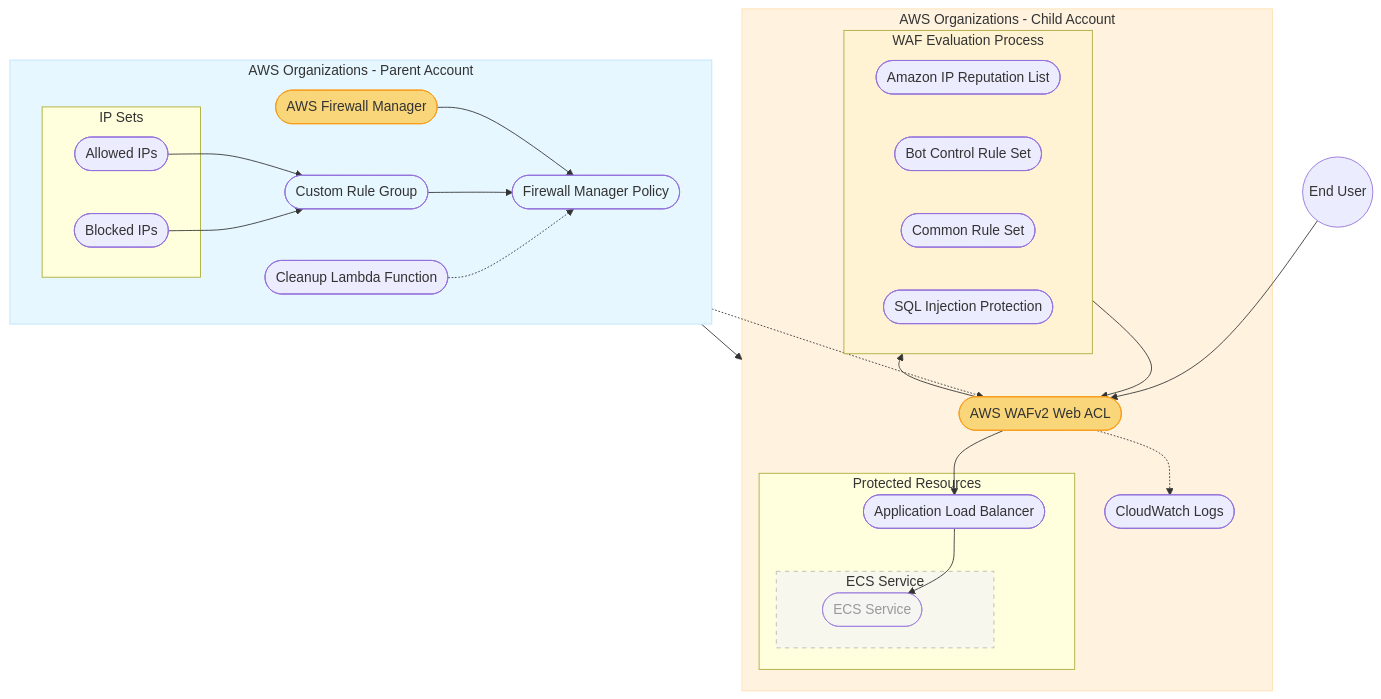
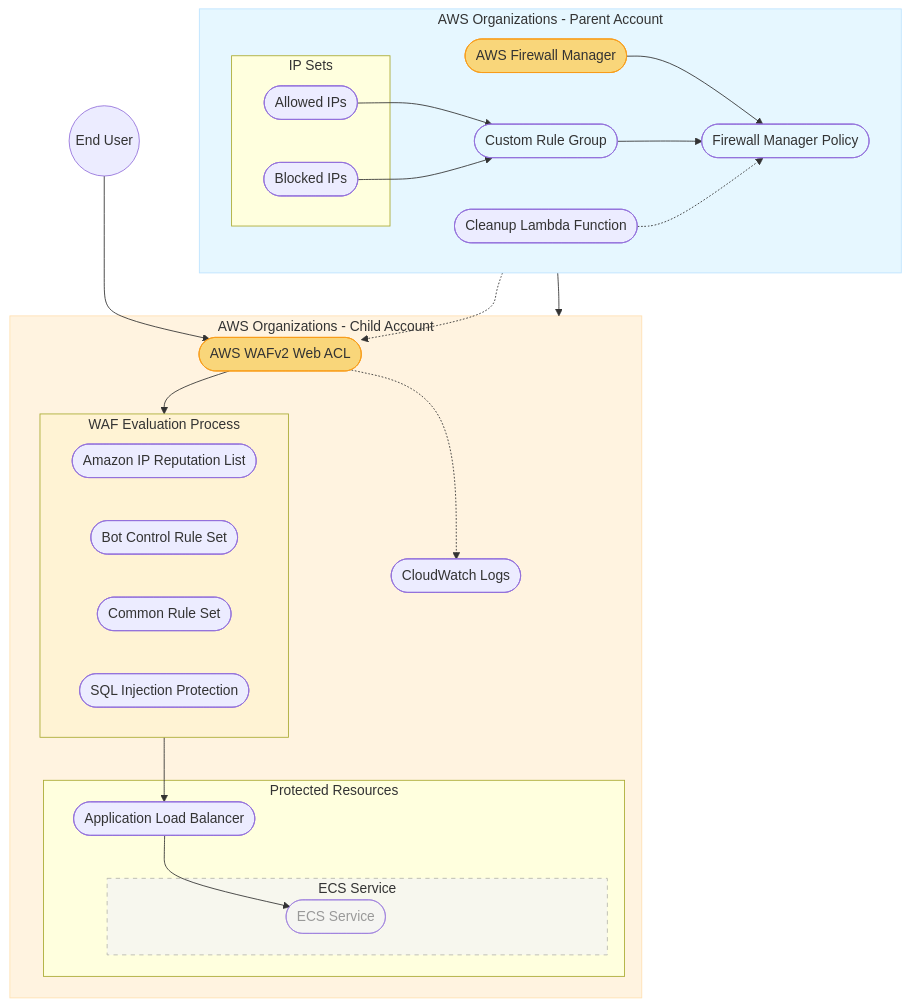
The diagram in firewall-manager-diagram.md (vaughngit/cdk-ecs-alb-waf-owasp-webapp), drawn with Mermaid before and after one commit. The commit also changed 1 other file, not shown here.

Commit message:
updated arrows

````diff
--- a/firewall-manager-diagram.md
+++ b/firewall-manager-diagram.md
@@ -3,66 +3,65 @@
 ```mermaid
 flowchart TB
     User((End User)) --> WAF
 
     subgraph ParentAccount["AWS Organizations - Parent Account"]
         direction LR
         FMS([AWS Firewall Manager])
         CustomRuleGroup([Custom Rule Group])
         FMSPolicy([Firewall Manager Policy])
         Lambda([Cleanup Lambda Function])
         
         subgraph IPSets[IP Sets]
             AllowedIPs([Allowed IPs])
             BlockedIPs([Blocked IPs])
         end
 
         FMS --> FMSPolicy
         CustomRuleGroup --> FMSPolicy
         AllowedIPs --> CustomRuleGroup
         BlockedIPs --> CustomRuleGroup
         Lambda -.-> FMSPolicy
     end
 
     subgraph ChildAccount["AWS Organizations - Child Account"]
         WAF([AWS WAFv2 Web ACL])
         
         subgraph WAFEvaluation[WAF Evaluation Process]
             IPReputation([Amazon IP Reputation List])
             BotControl([Bot Control Rule Set]) 
             CommonRules([Common Rule Set])
             SQLi([SQL Injection Protection])
         end
 
         WAF --> WAFEvaluation
-        WAFEvaluation --> WAF
         
         subgraph ProtectedResources[Protected Resources]
             ALB([Application Load Balancer])
             
             subgraph ECSCluster[ECS Service]
                 style ECSCluster fill:#f5f5f5,stroke:#999,stroke-dasharray: 5 5
                 ECS([ECS Service])
                 style ECS fill:#f5f5f5,color:#999
             end
             
             ALB --> ECS
         end
         
         CWLogs([CloudWatch Logs])
-        WAF --> ALB
+        WAFEvaluation --> ALB
         WAF -.-> CWLogs
     end
 
     FMSPolicy --> ChildAccount
     FMSPolicy -.-> WAF
     
     style ECSCluster opacity:0.7
     style ECS opacity:0.7
     style WAF fill:#f9d67a,stroke:#f99c1a
     style FMS fill:#f9d67a,stroke:#f99c1a
     style ParentAccount fill:#e6f7ff,stroke:#bde3ff
     style ChildAccount fill:#fff3e0,stroke:#ffe0b2
     style FMSPolicy fill:#e6f7ff
     style CustomRuleGroup fill:#e6f7ff
     style WAFEvaluation fill:#fff3d4
 ```
````
